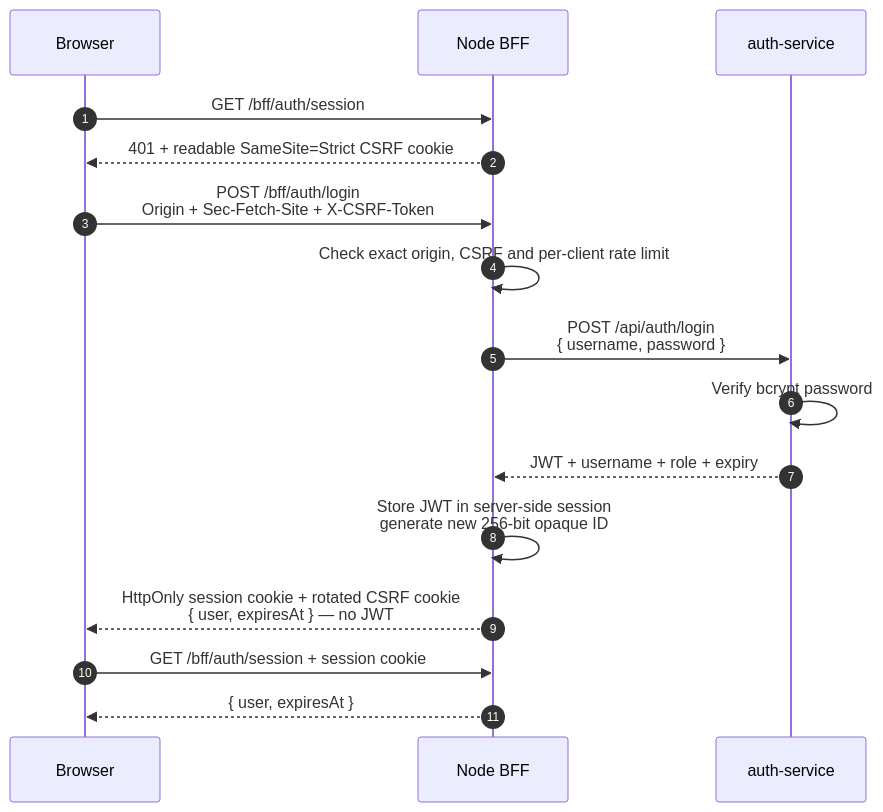
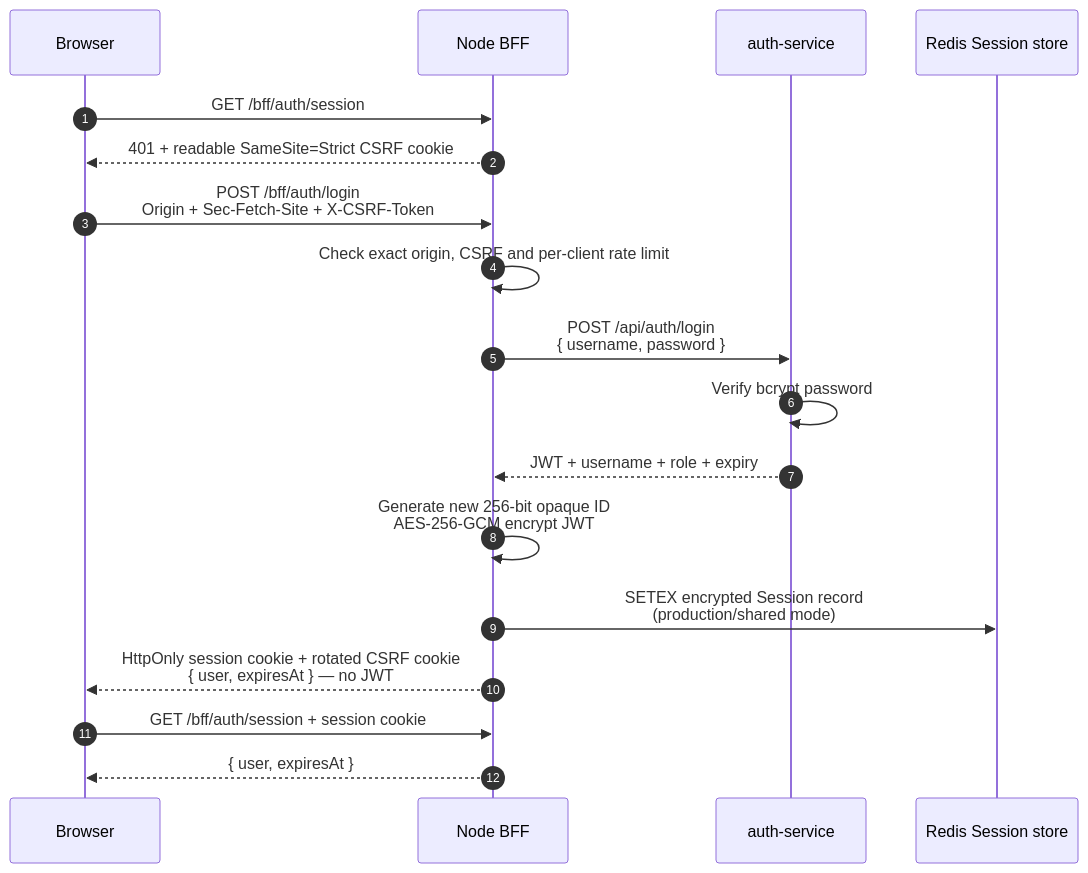
One commit to Redchar1992/Argus changed the second of 4 diagrams in docs/architecture.md. Above: the diagram before and after it, drawn with Mermaid. The commit also changed other lines of this file and 21 other files, not shown here.

First line of the commit message:
feat(auth): add encrypted Redis sessions

````diff
--- a/docs/architecture.md
+++ b/docs/architecture.md
@@ -52,19 +55,21 @@
 ```mermaid
 sequenceDiagram
     autonumber
     participant Browser
     participant BFF as Node BFF
     participant Auth as auth-service
+    participant Redis as Redis Session store
 
     Browser->>BFF: GET /bff/auth/session
     BFF-->>Browser: 401 + readable SameSite=Strict CSRF cookie
     Browser->>BFF: POST /bff/auth/login<br/>Origin + Sec-Fetch-Site + X-CSRF-Token
     BFF->>BFF: Check exact origin, CSRF and per-client rate limit
     BFF->>Auth: POST /api/auth/login<br/>{ username, password }
     Auth->>Auth: Verify bcrypt password
     Auth-->>BFF: JWT + username + role + expiry
-    BFF->>BFF: Store JWT in server-side session<br/>generate new 256-bit opaque ID
+    BFF->>BFF: Generate new 256-bit opaque ID<br/>AES-256-GCM encrypt JWT
+    BFF->>Redis: SETEX encrypted Session record<br/>(production/shared mode)
     BFF-->>Browser: HttpOnly session cookie + rotated CSRF cookie<br/>{ user, expiresAt } — no JWT
     Browser->>BFF: GET /bff/auth/session + session cookie
     BFF-->>Browser: { user, expiresAt }
 ```
````
